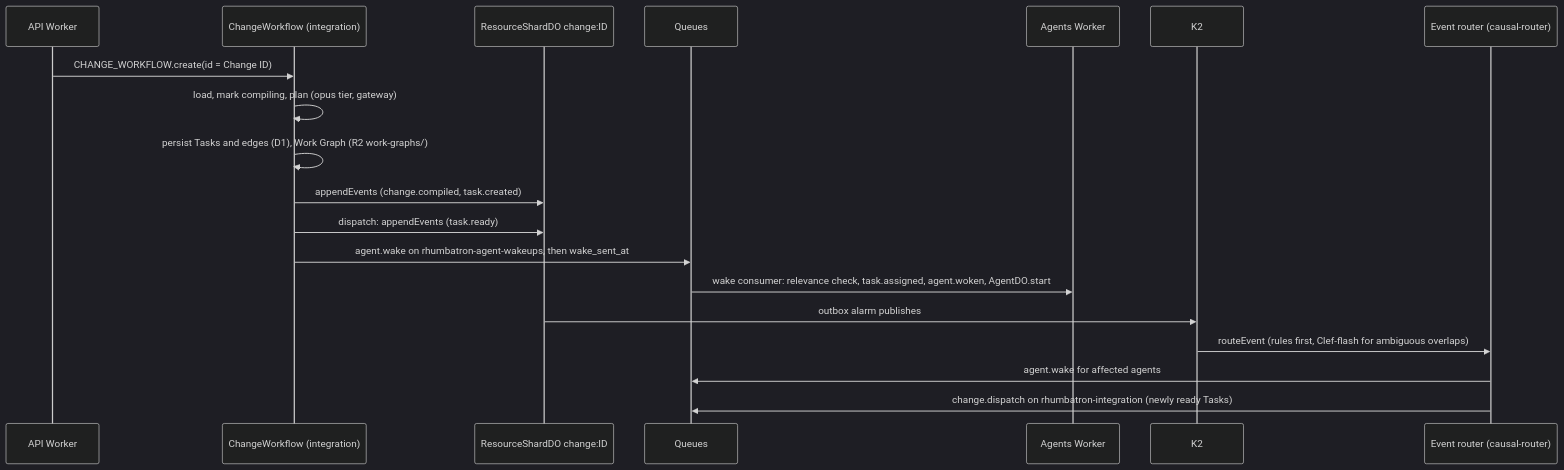
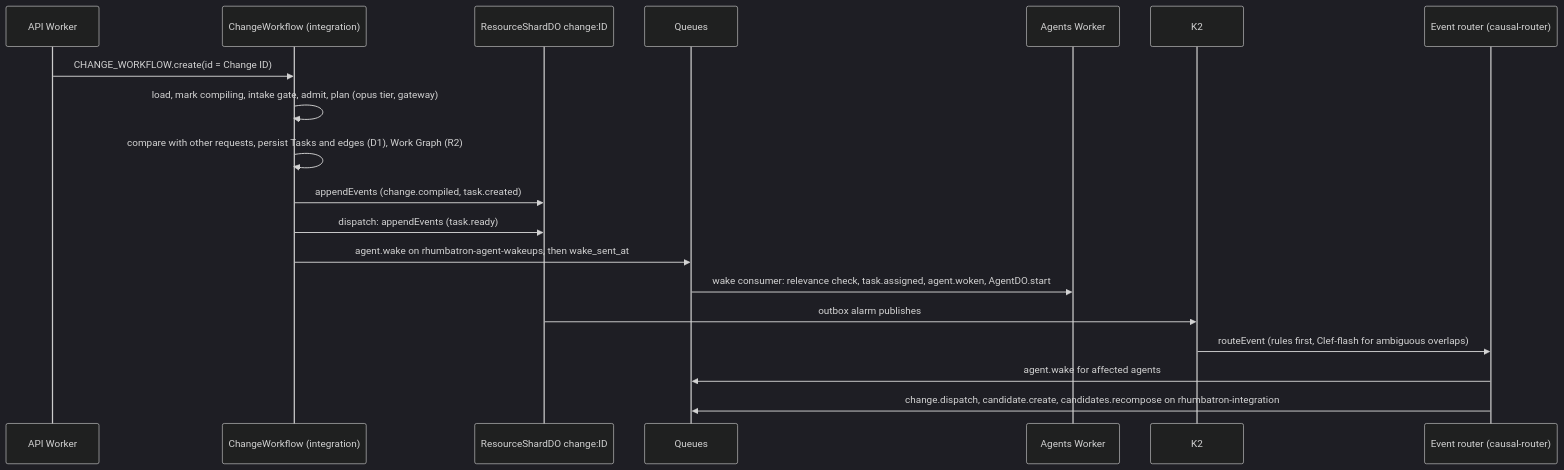
One commit to nsudhanva/rhumbatron changed the diagram in docs/adr/0008-change-workflow-and-causal-routing.md. Above: the diagram before and after it, drawn with Mermaid (dark theme). The commit also changed other lines of this file and 47 other files, not shown here.

````diff
--- a/docs/adr/0008-change-workflow-and-causal-routing.md
+++ b/docs/adr/0008-change-workflow-and-causal-routing.md
@@ -46,21 +60,21 @@
 ```mermaid
 sequenceDiagram
   participant API as API Worker
   participant WF as ChangeWorkflow (integration)
   participant S as ResourceShardDO change:ID
   participant Q as Queues
   participant AG as Agents Worker
   participant K2 as K2
   participant R as Event router (causal-router)
   API->>WF: CHANGE_WORKFLOW.create(id = Change ID)
-  WF->>WF: load, mark compiling, plan (opus tier, gateway)
-  WF->>WF: persist Tasks and edges (D1), Work Graph (R2 work-graphs/)
+  WF->>WF: load, mark compiling, intake gate, admit, plan (opus tier, gateway)
+  WF->>WF: compare with other requests, persist Tasks and edges (D1), Work Graph (R2)
   WF->>S: appendEvents (change.compiled, task.created)
   WF->>S: dispatch: appendEvents (task.ready)
   WF->>Q: agent.wake on rhumbatron-agent-wakeups, then wake_sent_at
   Q->>AG: wake consumer: relevance check, task.assigned, agent.woken, AgentDO.start
   S->>K2: outbox alarm publishes
   K2->>R: routeEvent (rules first, Clef-flash for ambiguous overlaps)
   R->>Q: agent.wake for affected agents
-  R->>Q: change.dispatch on rhumbatron-integration (newly ready Tasks)
+  R->>Q: change.dispatch, candidate.create, candidates.recompose on rhumbatron-integration
 ```
````
